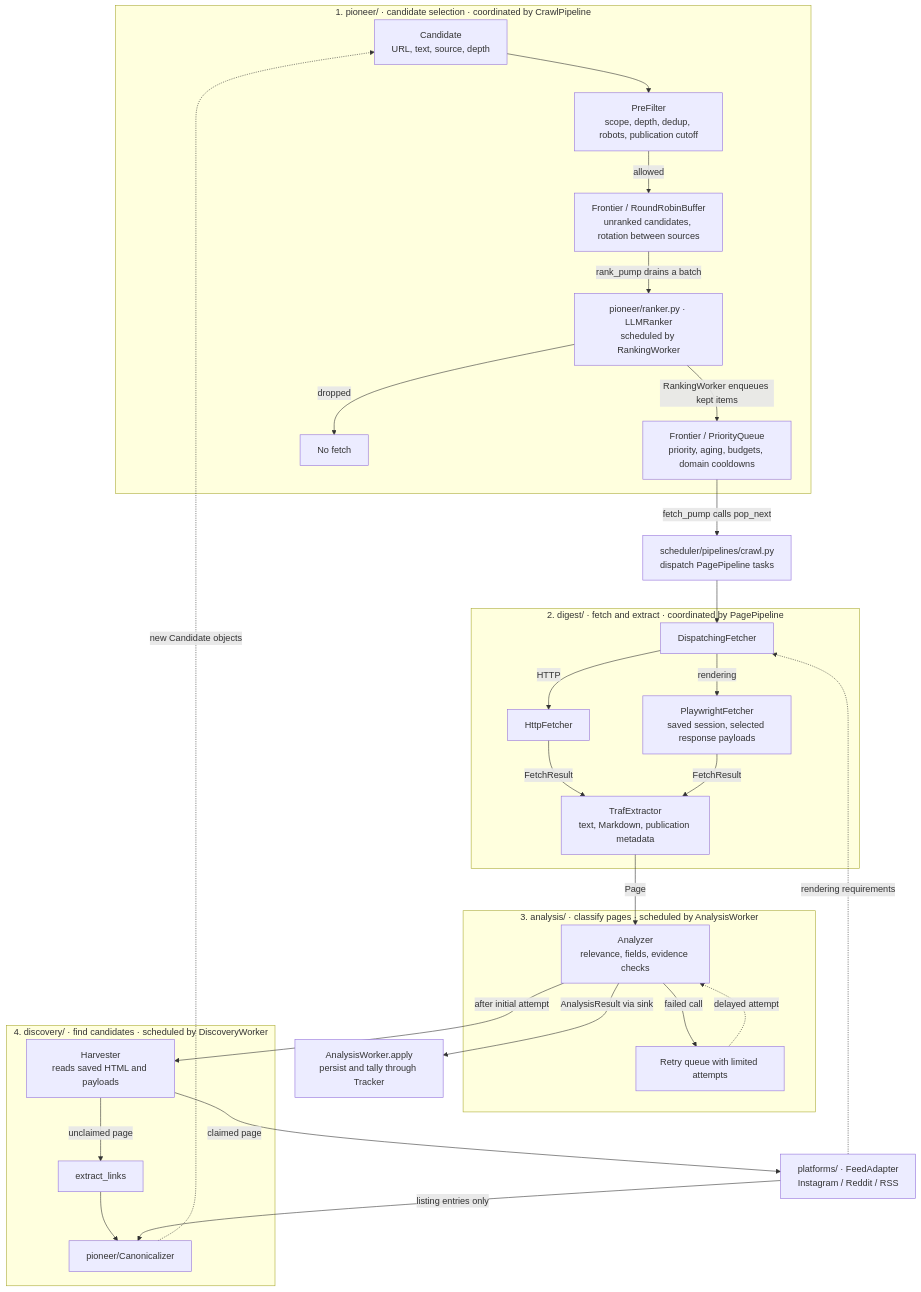
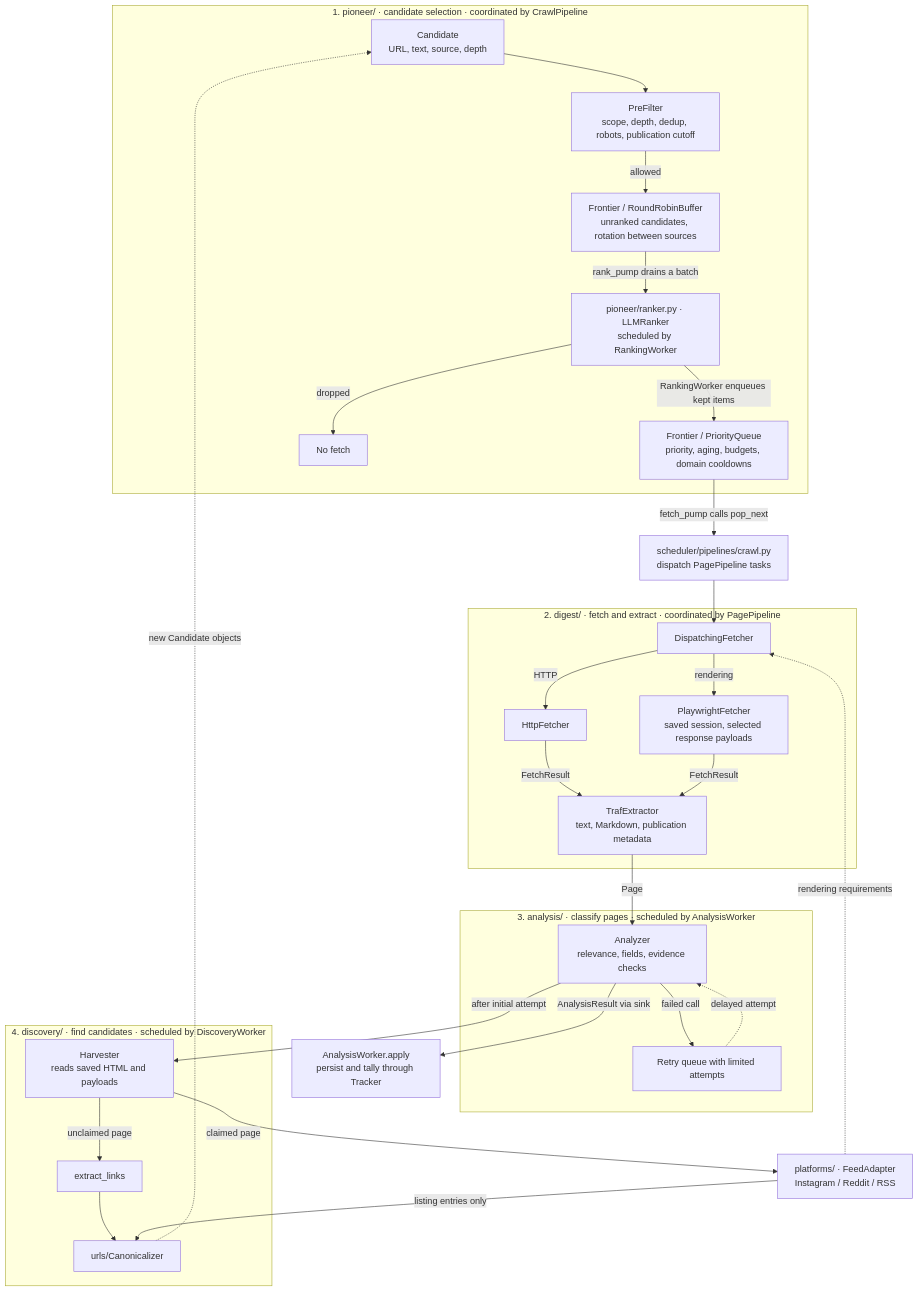
One commit to shixuan/crawl-me-maybe changed the first of 3 diagrams in docs/arch.md. Above: the diagram before and after it, drawn with Mermaid. The commit also changed other lines of this file and 122 other files, not shown here.

````diff
--- a/docs/arch.md
+++ b/docs/arch.md
@@ -10,41 +33,41 @@
 ```mermaid
 flowchart TB
     subgraph pioneer["1. pioneer/ · candidate selection · coordinated by CrawlPipeline"]
         candidates["Candidate<br>URL, text, source, depth"] --> filter["PreFilter<br>scope, depth, dedup, robots, publication cutoff"]
         filter -->|allowed| buffer["Frontier / RoundRobinBuffer<br>unranked candidates, rotation between sources"]
         buffer -->|rank_pump drains a batch| ranker["pioneer/ranker.py · LLMRanker<br>scheduled by RankingWorker"]
         ranker -->|RankingWorker enqueues kept items| queue["Frontier / PriorityQueue<br>priority, aging, budgets, domain cooldowns"]
         ranker -->|dropped| dropped["No fetch"]
     end
 
     queue -->|fetch_pump calls pop_next| dispatch["scheduler/pipelines/crawl.py<br>dispatch PagePipeline tasks"]
 
     subgraph digest["2. digest/ · fetch and extract · coordinated by PagePipeline"]
         fetcher[DispatchingFetcher] -->|HTTP| http[HttpFetcher]
         fetcher -->|rendering| browser["PlaywrightFetcher<br>saved session, selected response payloads"]
         http -->|FetchResult| extractor["TrafExtractor<br>text, Markdown, publication metadata"]
         browser -->|FetchResult| extractor
     end
     dispatch --> fetcher
 
     subgraph analysis["3. analysis/ · classify pages · scheduled by AnalysisWorker"]
         analyzer["Analyzer<br>relevance, fields, evidence checks"]
         analyzer -->|failed call| retry["Retry queue with limited attempts"]
         retry -. delayed attempt .-> analyzer
     end
     extractor -->|Page| analyzer
     analyzer -->|AnalysisResult via sink| sink["AnalysisWorker.apply<br>persist and tally through Tracker"]
 
+    canonical["urls/Canonicalizer"]
     subgraph discovery["4. discovery/ · find candidates · scheduled by DiscoveryWorker"]
         harvest["Harvester<br>reads saved HTML and payloads"]
         harvest -->|unclaimed page| links[extract_links]
-        canonical["pioneer/Canonicalizer"]
         links --> canonical
     end
     adapters["platforms/ · FeedAdapter<br>Instagram / Reddit / RSS"]
     harvest -->|claimed page| adapters
     adapters -->|listing entries only| canonical
     adapters -. rendering requirements .-> fetcher
     analyzer -->|after initial attempt| harvest
     canonical -. new Candidate objects .-> candidates
 ```
````
